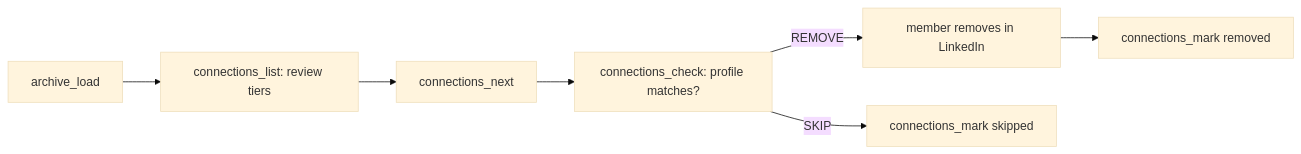
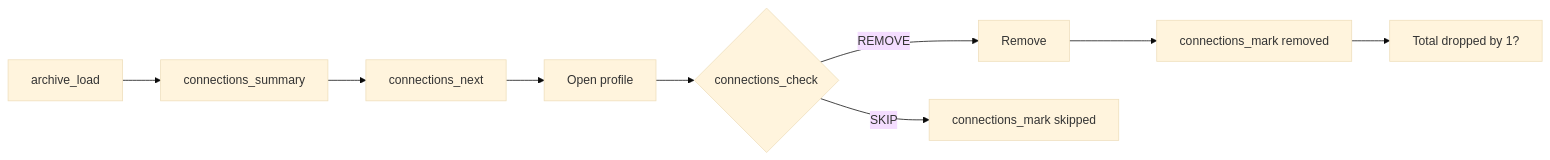
One commit to Colorado-Startups/link changed the diagram in skills/linken-cleanup/SKILL.md. Above: the diagram before and after it, drawn with Mermaid (base theme). The commit also changed other lines of this file and 5 other files, not shown here.

````diff
--- a/skills/linken-cleanup/SKILL.md
+++ b/skills/linken-cleanup/SKILL.md
@@ -10,6 +10,7 @@
 ```mermaid
 flowchart LR
-  L[archive_load] --> R[connections_list: review tiers] --> N[connections_next] --> C[connections_check: profile matches?]
-  C -->|REMOVE| H[member removes in LinkedIn] --> M[connections_mark removed]
-  C -->|SKIP| S[connections_mark skipped]
+  L["archive_load"] --> S["connections_summary"] --> N["connections_next"] --> P["Open profile"] --> C{"connections_check"}
+  C -->|REMOVE| X["Remove"] --> M["connections_mark removed"]
+  C -->|SKIP| K["connections_mark skipped"]
+  M --> V["Total dropped by 1?"]
 ```
````
